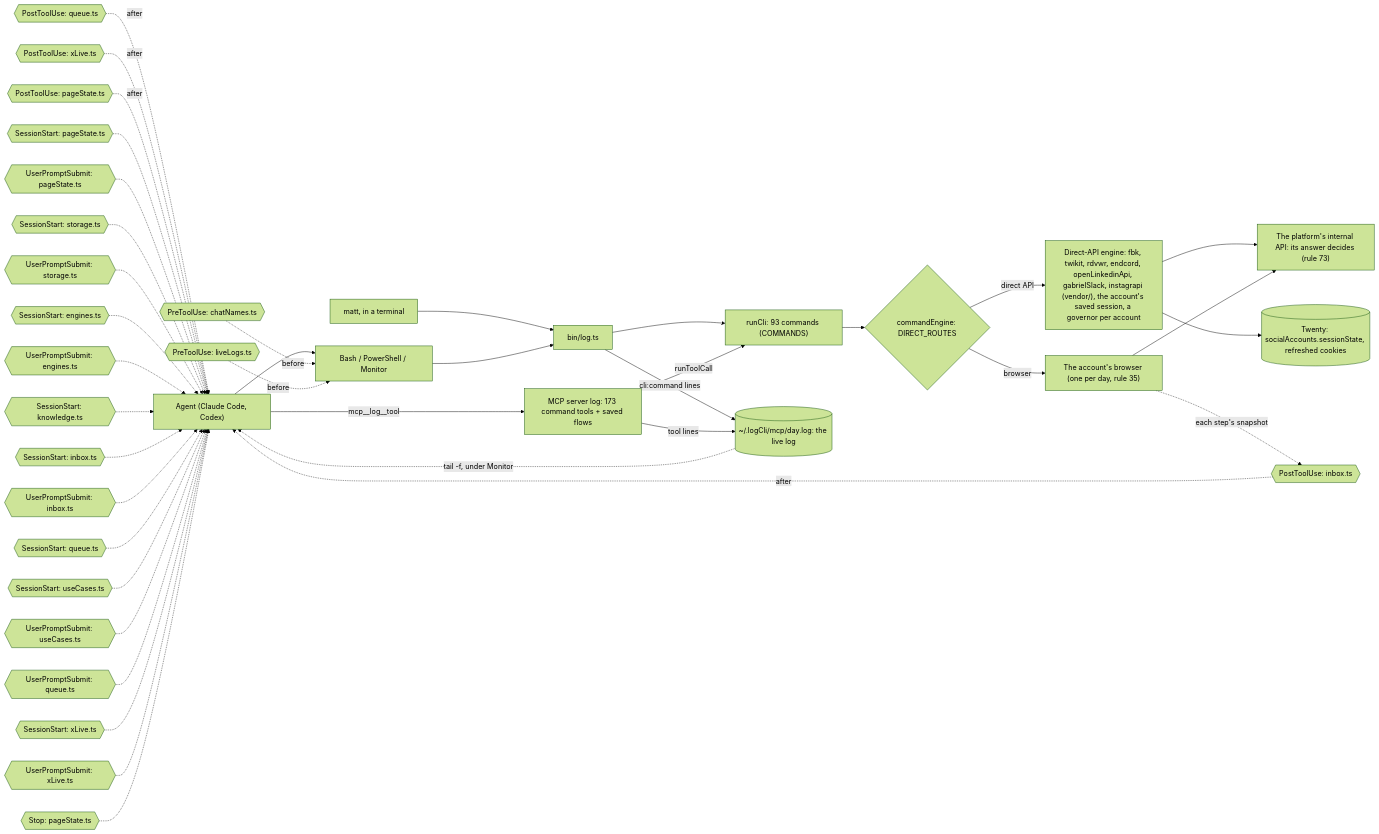
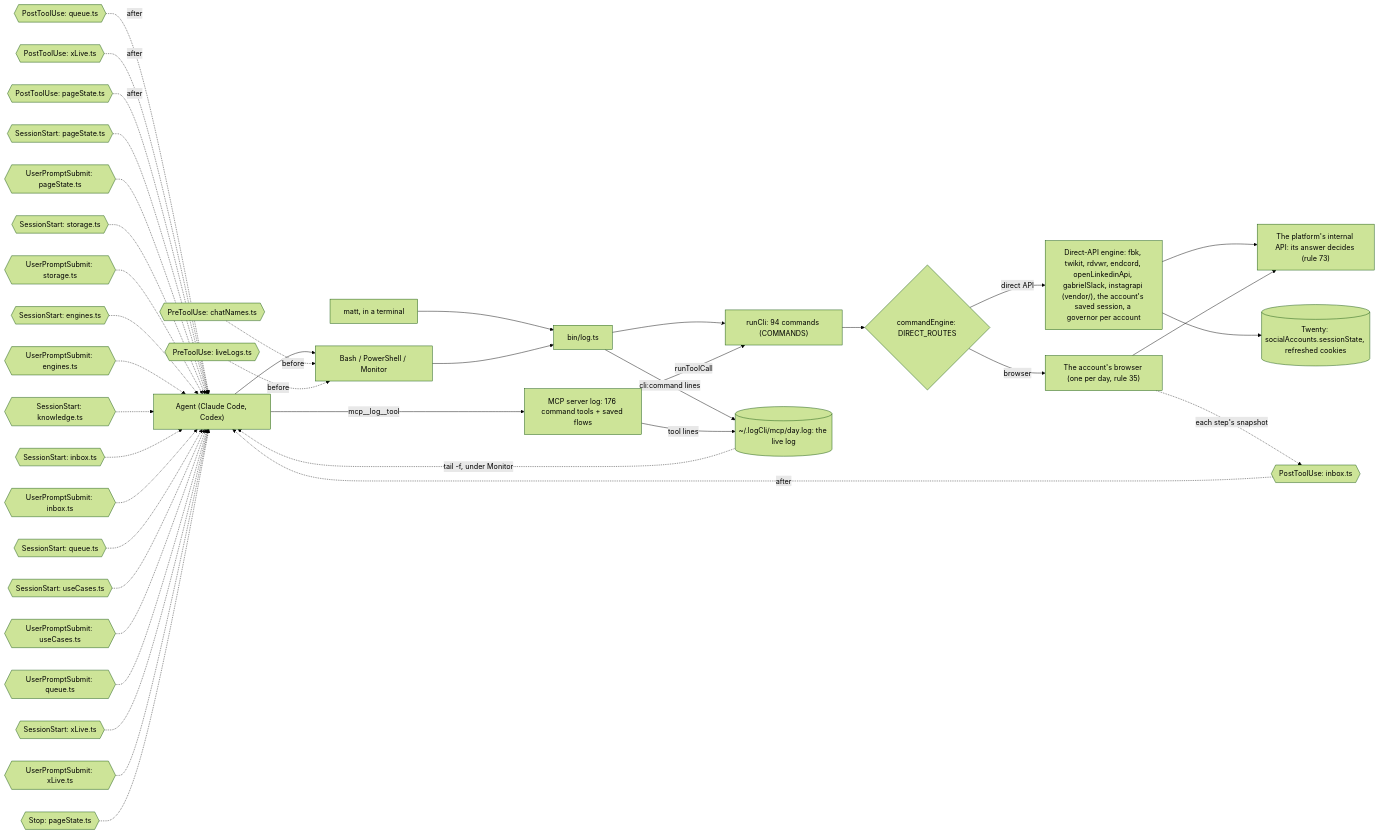
Before and after one commit to matthewdonsemail-lab/log: the diagram in docs/diagrams/surface.mmd, drawn with Mermaid (forest theme). The commit also changed 34 other files, not shown here.

```diff
--- a/docs/diagrams/surface.mmd
+++ b/docs/diagrams/surface.mmd
@@ -1,53 +1,53 @@
 %% How a call reaches log-cli. From a shell or over MCP, both run the same commands through `runCli`, write the same live log, and pass through the same hooks. `commandEngine` sends each command to the platform's direct API or to the account's browser.
 %% Written by `bun run docs:build` from the code (rule 56). Not edited by hand.
 flowchart LR
   agent["Agent (Claude Code, Codex)"]
   matt["matt, in a terminal"]
   shell["Bash / PowerShell / Monitor"]
-  mcp["MCP server log: 173 command tools + saved flows"]
+  mcp["MCP server log: 176 command tools + saved flows"]
   bin["bin/log.ts"]
-  runCli["runCli: 93 commands (COMMANDS)"]
+  runCli["runCli: 94 commands (COMMANDS)"]
   live[("~/.logCli/mcp/day.log: the live log")]
   engine{"commandEngine: DIRECT_ROUTES"}
   direct["Direct-API engine: fbk, twikit, rdvwr, endcord, openLinkedinApi, gabrielSlack, instagrapi (vendor/), the account's saved session, a governor per account"]
   browser["The account's browser (one per day, rule 35)"]
   api["The platform's internal API: its answer decides (rule 73)"]
   twenty[("Twenty: socialAccounts.sessionState, refreshed cookies")]
   agent --> shell
   matt --> bin
   shell --> bin
   agent -->|mcp__log__tool| mcp
   bin --> runCli
   mcp -->|runToolCall| runCli
   runCli --> engine
   engine -->|direct API| direct
   engine -->|browser| browser
   direct --> api
   browser --> api
   direct --> twenty
   bin -->|cli:command lines| live
   mcp -->|tool lines| live
   live -.->|tail -f, under Monitor| agent
   pre0{{"PreToolUse: chatNames.ts"}} -.->|before| shell
   pre1{{"PreToolUse: liveLogs.ts"}} -.->|before| shell
   post0{{"PostToolUse: inbox.ts"}} -.->|after| agent
   post1{{"PostToolUse: queue.ts"}} -.->|after| agent
   post2{{"PostToolUse: xLive.ts"}} -.->|after| agent
   post3{{"PostToolUse: pageState.ts"}} -.->|after| agent
   turn0{{"SessionStart: pageState.ts"}} -.-> agent
   turn1{{"UserPromptSubmit: pageState.ts"}} -.-> agent
   turn2{{"SessionStart: storage.ts"}} -.-> agent
   turn3{{"UserPromptSubmit: storage.ts"}} -.-> agent
   turn4{{"SessionStart: engines.ts"}} -.-> agent
   turn5{{"UserPromptSubmit: engines.ts"}} -.-> agent
   turn6{{"SessionStart: knowledge.ts"}} -.-> agent
   turn7{{"SessionStart: inbox.ts"}} -.-> agent
   turn8{{"UserPromptSubmit: inbox.ts"}} -.-> agent
   turn9{{"SessionStart: queue.ts"}} -.-> agent
   turn10{{"SessionStart: useCases.ts"}} -.-> agent
   turn11{{"UserPromptSubmit: useCases.ts"}} -.-> agent
   turn12{{"UserPromptSubmit: queue.ts"}} -.-> agent
   turn13{{"SessionStart: xLive.ts"}} -.-> agent
   turn14{{"UserPromptSubmit: xLive.ts"}} -.-> agent
   turn15{{"Stop: pageState.ts"}} -.-> agent
   browser -.->|each step's snapshot| post0
```
